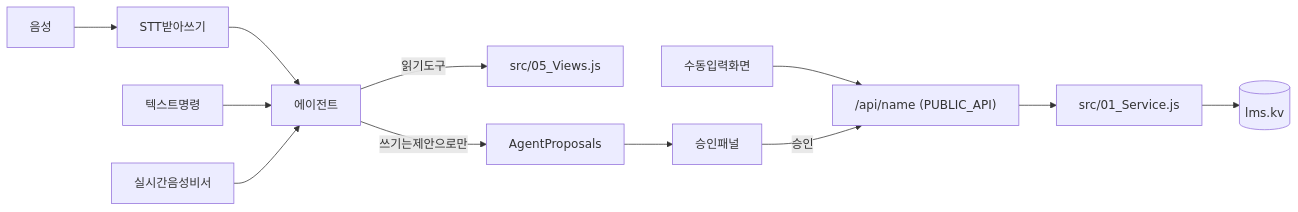
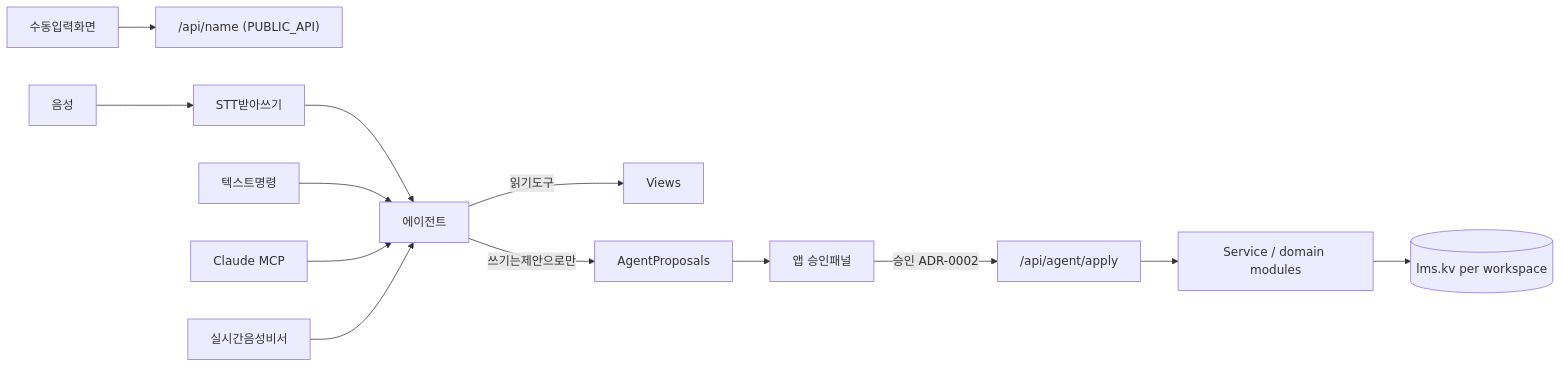
Before and after one commit to LEE-cw-51/students-managing-system: the second of 2 diagrams in docs/plans/voice-ai-agent-roadmap.md, drawn with Mermaid. The commit also changed other lines of this file and 32 other files, not shown here.

````diff
--- a/docs/plans/voice-ai-agent-roadmap.md
+++ b/docs/plans/voice-ai-agent-roadmap.md
@@ -72,14 +74,15 @@
 ```mermaid
 flowchart LR
   manualUI[수동입력화면] --> publicApi["/api/name (PUBLIC_API)"]
   voice[음성] --> stt[STT받아쓰기]
   stt --> agent[에이전트]
   textCmd[텍스트명령] --> agent
+  mcp[Claude MCP] --> agent
   realtime[실시간음성비서] --> agent
-  agent -->|읽기도구| views[src/05_Views.js]
+  agent -->|읽기도구| views[Views]
   agent -->|쓰기는제안으로만| proposals[AgentProposals]
-  proposals --> review[승인패널]
-  review -->|승인| publicApi
-  publicApi --> service[src/01_Service.js]
-  service --> db[(lms.kv)]
+  proposals --> review[앱 승인패널]
+  review -->|승인 ADR-0002| apply["/api/agent/apply"]
+  apply --> service[Service / domain modules]
+  service --> db[(lms.kv per workspace)]
 ```
````
